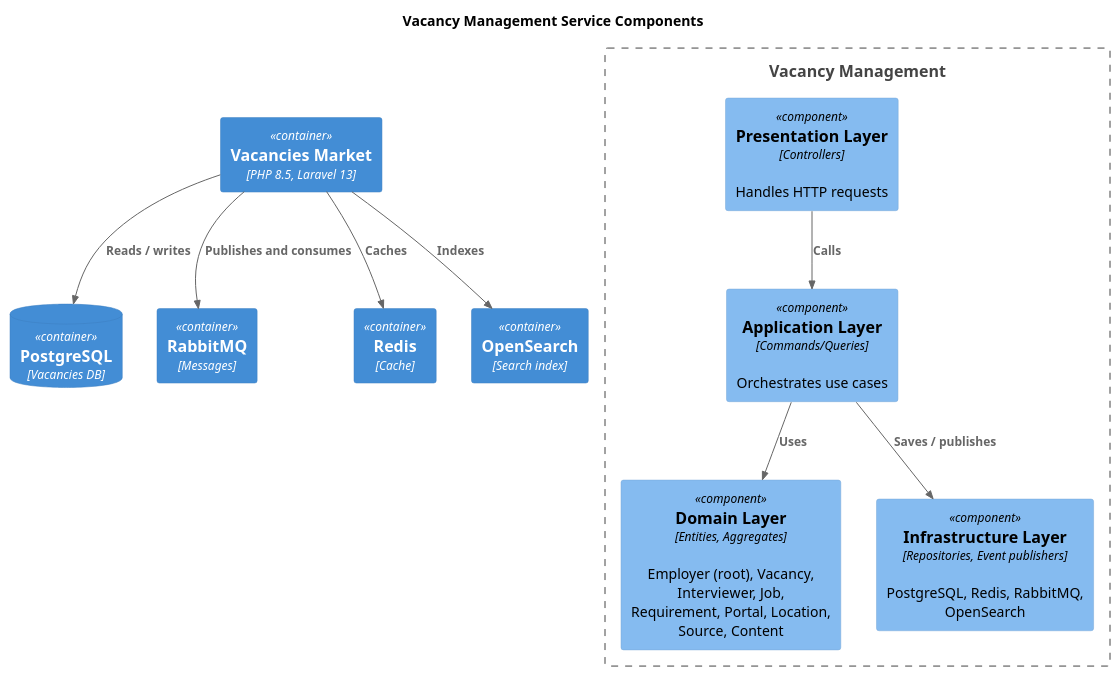
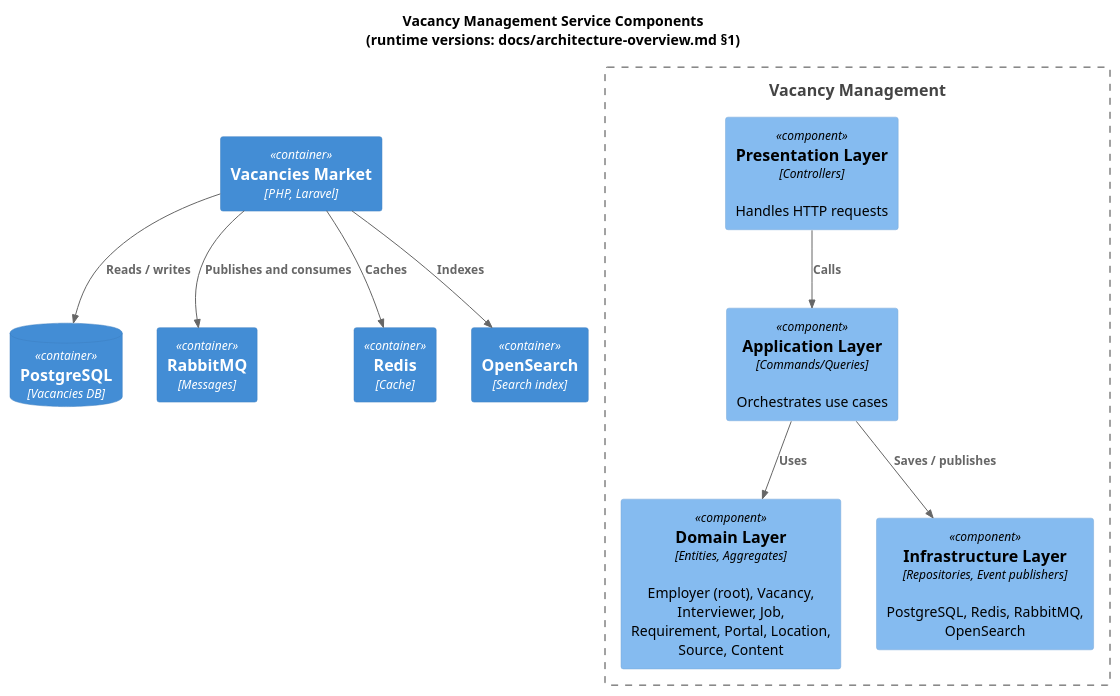
Before and after one commit to AIJobResearcher/docs: the diagram in docs/c4/components-vacancies-market.puml, drawn with PlantUML. The commit also changed 16 other files, not shown here.

```diff
--- a/docs/c4/components-vacancies-market.puml
+++ b/docs/c4/components-vacancies-market.puml
@@ -1,29 +1,29 @@
 @startuml
 !include https://raw.githubusercontent.com/plantuml-stdlib/C4-PlantUML/master/C4_Component.puml
 
-title Vacancy Management Service Components
+title Vacancy Management Service Components\n(runtime versions: docs/architecture-overview.md §1)
 
-Container(vacancies, "Vacancies Market", "PHP 8.5, Laravel 13")
+Container(vacancies, "Vacancies Market", "PHP, Laravel")
 
 Boundary(vacancies_boundary, "Vacancy Management") {
     Component(presentation, "Presentation Layer", "Controllers", "Handles HTTP requests")
     Component(application, "Application Layer", "Commands/Queries", "Orchestrates use cases")
     Component(domain, "Domain Layer", "Entities, Aggregates", "Employer (root), Vacancy, Interviewer, Job, Requirement, Portal, Location, Source, Content")
     Component(infrastructure, "Infrastructure Layer", "Repositories, Event publishers", "PostgreSQL, Redis, RabbitMQ, OpenSearch")
 
     Rel(presentation, application, "Calls")
     Rel(application, domain, "Uses")
     Rel(application, infrastructure, "Saves / publishes")
 }
 
 ContainerDb(postgres, "PostgreSQL", "Vacancies DB")
 Container(rabbitmq, "RabbitMQ", "Messages")
 Container(redis, "Redis", "Cache")
 Container(opensearch, "OpenSearch", "Search index")
 
 Rel(vacancies, postgres, "Reads / writes")
 Rel(vacancies, rabbitmq, "Publishes and consumes")
 Rel(vacancies, redis, "Caches")
 Rel(vacancies, opensearch, "Indexes")
 
 @enduml
```
